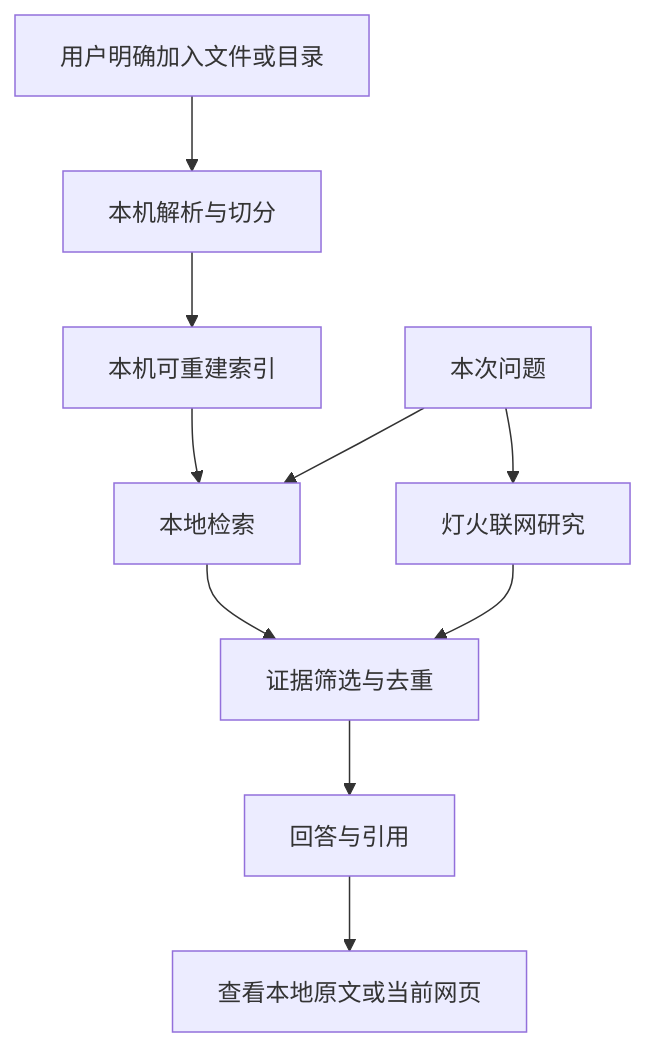
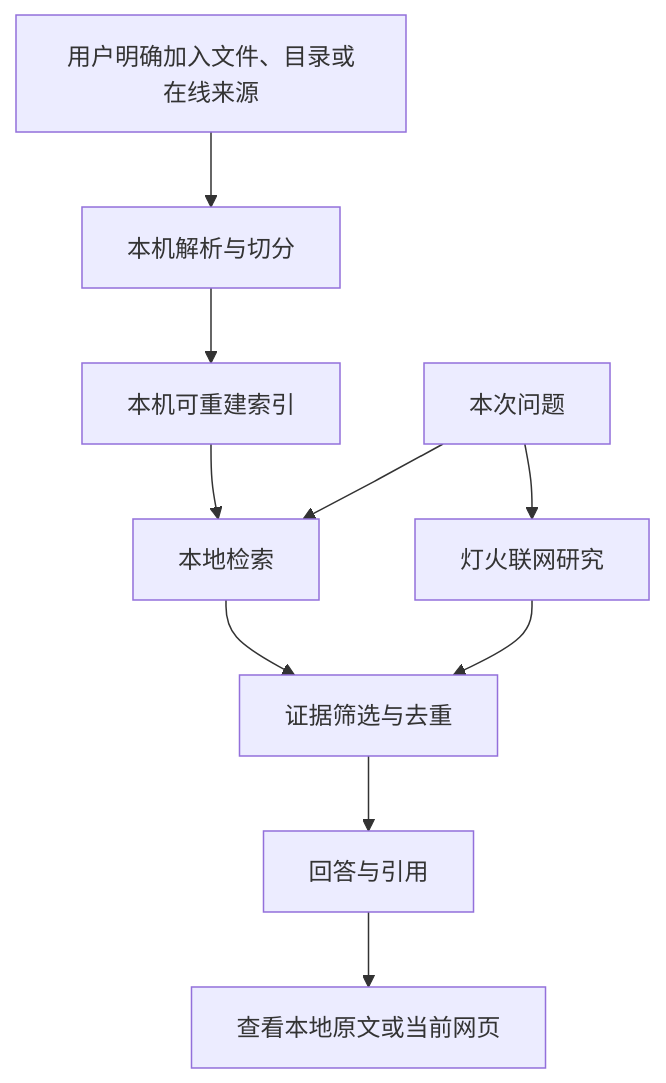
Before and after one commit to Majiturbo/lanshanchu: the diagram in docs/local-knowledge-sag-implementation.md, drawn with Mermaid. The commit also changed other lines of this file and 13 other files, not shown here.

````diff
--- a/docs/local-knowledge-sag-implementation.md
+++ b/docs/local-knowledge-sag-implementation.md
@@ -13,12 +13,12 @@
 ```mermaid
 flowchart TD
-  U[用户明确加入文件或目录] --> P[本机解析与切分]
+  U[用户明确加入文件、目录或在线来源] --> P[本机解析与切分]
   P --> I[本机可重建索引]
   Q[本次问题] --> L[本地检索]
   I --> L
   Q --> W[灯火联网研究]
   L --> F[证据筛选与去重]
   W --> F
   F --> A[回答与引用]
   A --> V[查看本地原文或当前网页]
 ```
````
